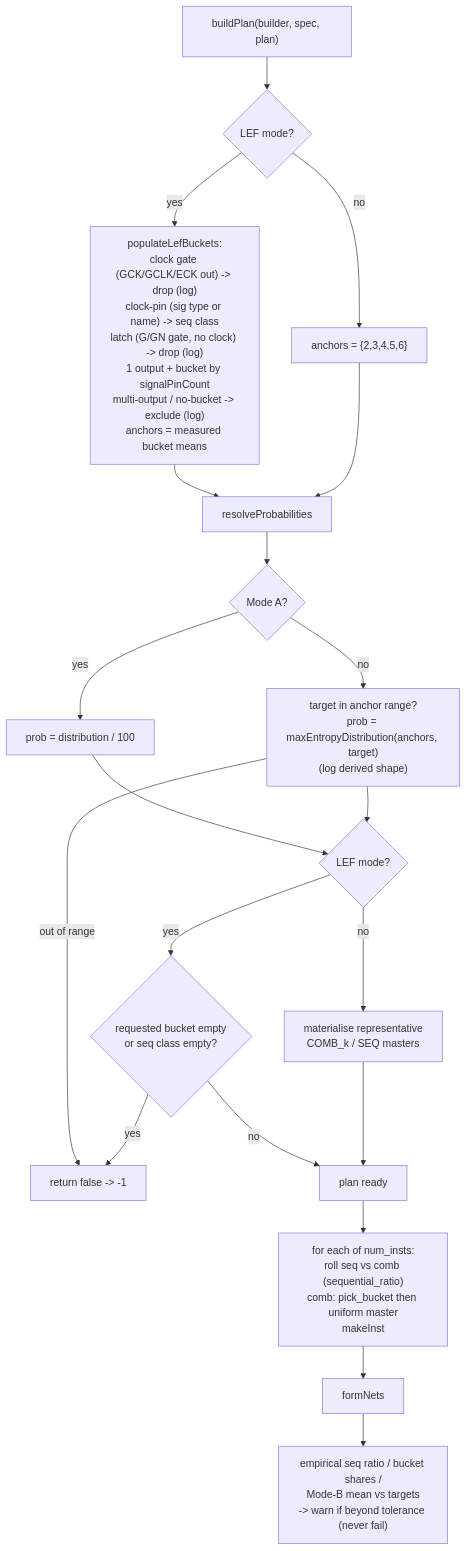
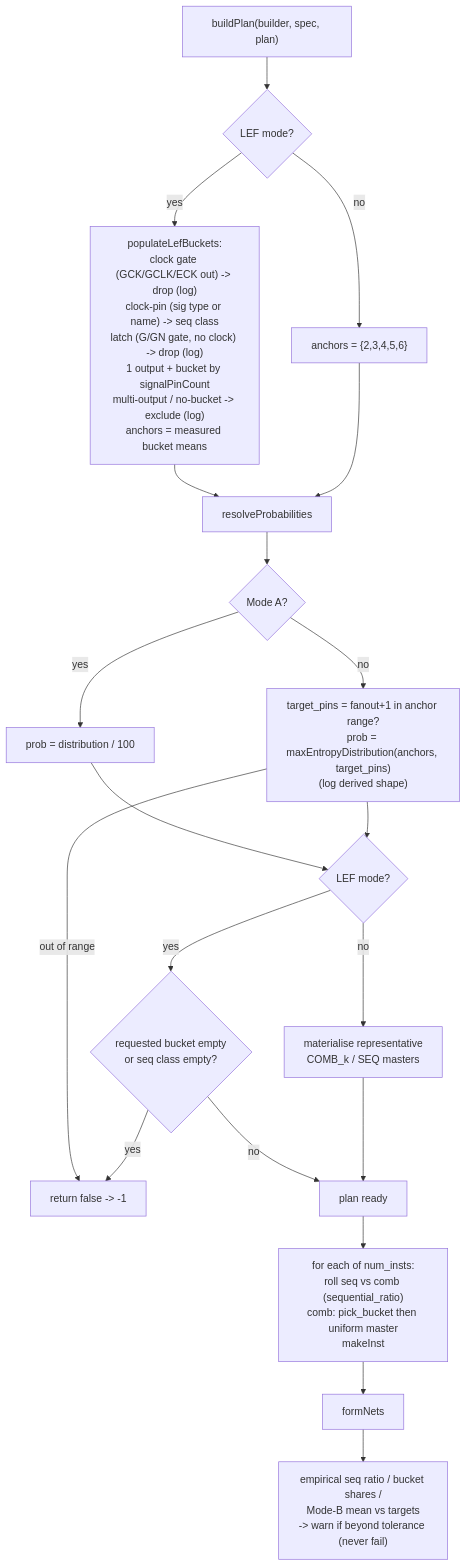
One commit to rfive88/eda-lab changed the fifth of 11 diagrams in src/engines/netlistgen/FLOW.md. Above: the diagram before and after it, drawn with Mermaid. The commit also changed 4 other files, not shown here.

First line of the commit message:
netlistgen: target_avg_fanout is a fanout (#pins-1), driver excluded

````diff
--- a/src/engines/netlistgen/FLOW.md
+++ b/src/engines/netlistgen/FLOW.md
@@ -153,23 +153,23 @@
 ```mermaid
 graph TD
   bp["buildPlan(builder, spec, plan)"] --> lm{"LEF mode?"}
   lm -->|yes| pop["populateLefBuckets:<br/>clock gate (GCK/GCLK/ECK out) -> drop (log)<br/>clock-pin (sig type or name) -> seq class<br/>latch (G/GN gate, no clock) -> drop (log)<br/>1 output + bucket by signalPinCount<br/>multi-output / no-bucket -> exclude (log)<br/>anchors = measured bucket means"]
   lm -->|no| anc["anchors = {2,3,4,5,6}"]
   pop --> rp
   anc --> rp["resolveProbabilities"]
   rp --> modeA{"Mode A?"}
   modeA -->|yes| dist["prob = distribution / 100"]
-  modeA -->|no| maxe["target in anchor range?<br/>prob = maxEntropyDistribution(anchors, target)<br/>(log derived shape)"]
+  modeA -->|no| maxe["target_pins = fanout+1 in anchor range?<br/>prob = maxEntropyDistribution(anchors, target_pins)<br/>(log derived shape)"]
   maxe -->|out of range| r2["return false -> -1"]
   dist --> chk
   maxe --> chk{"LEF mode?"}
   chk -->|yes| empty{"requested bucket empty<br/>or seq class empty?"}
   empty -->|yes| r2
   empty -->|no| okplan
   chk -->|no| reps["materialise representative<br/>COMB_k / SEQ masters"]
   reps --> okplan[plan ready]
 
   okplan --> gen["for each of num_insts:<br/>roll seq vs comb (sequential_ratio)<br/>comb: pick_bucket then uniform master<br/>makeInst"]
   gen --> fn2["formNets"]
   fn2 --> tol["empirical seq ratio / bucket shares /<br/>Mode-B mean vs targets<br/>-> warn if beyond tolerance (never fail)"]
 ```
````
